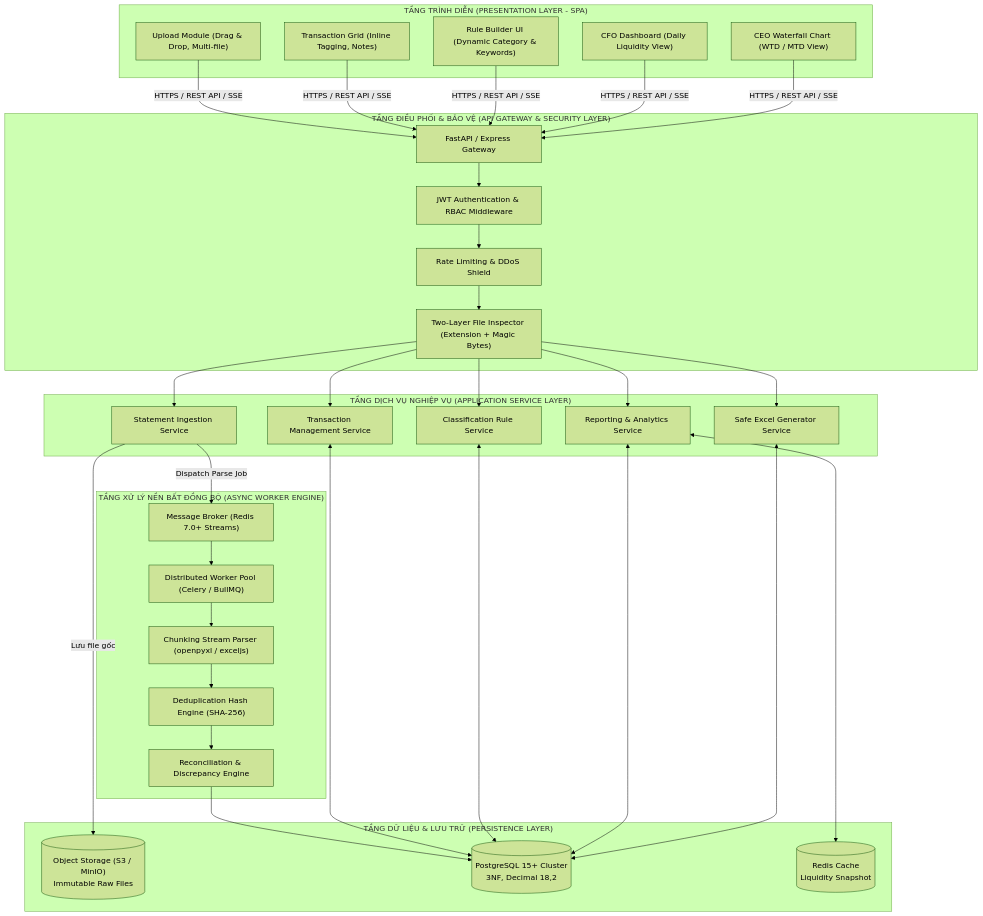
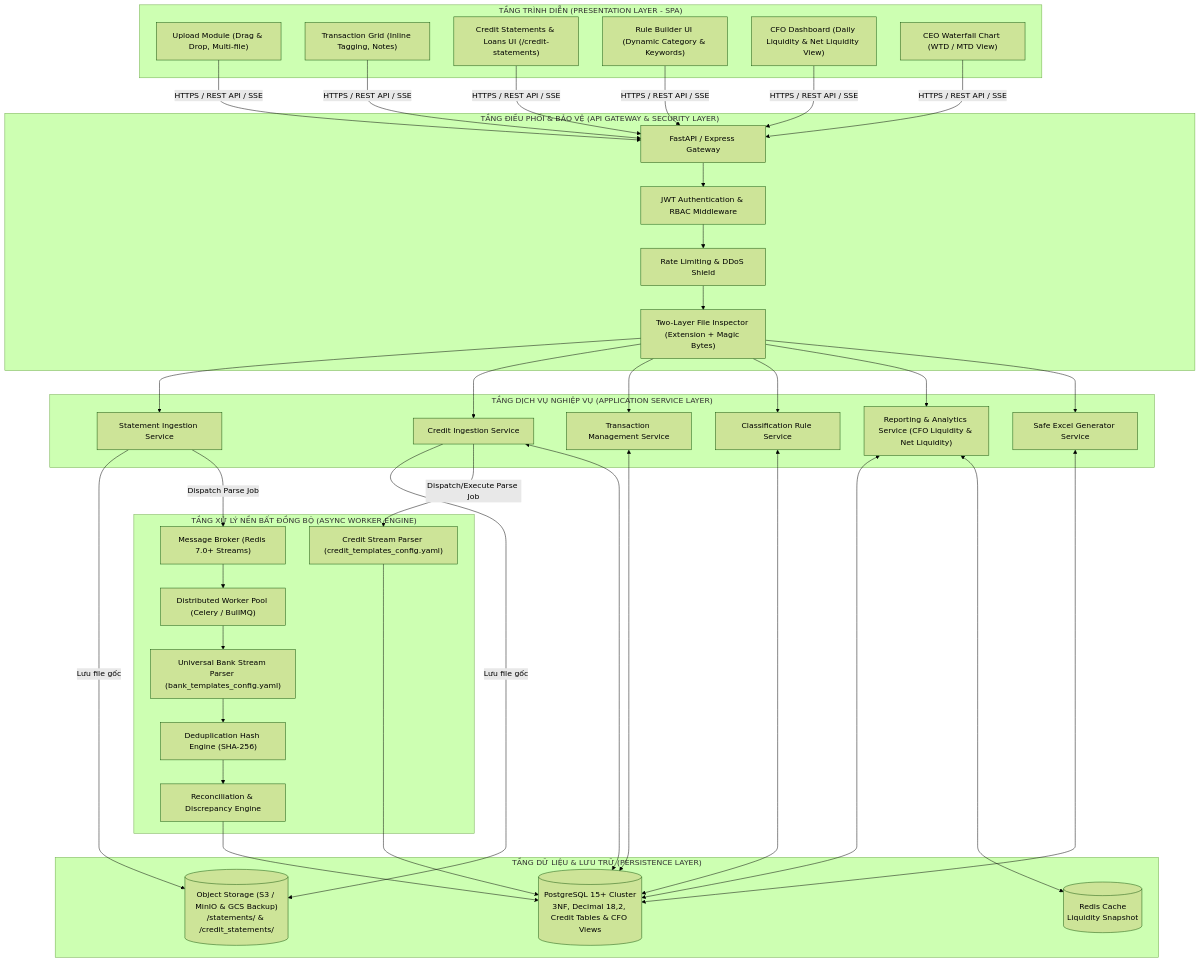
The first of 5 diagrams in docs/SAD.md (nlcnhung024/treasury_system), drawn with Mermaid (forest theme) before and after one commit. The commit also changed other lines of this file and 49 other files, not shown here.

````diff
--- a/docs/SAD.md
+++ b/docs/SAD.md
@@ -74,52 +75,58 @@
 ```mermaid
 flowchart TD
     subgraph L1["TẦNG TRÌNH DIỄN (PRESENTATION LAYER - SPA)"]
         UI_Upload["Upload Module (Drag & Drop, Multi-file)"]
         UI_Table["Transaction Grid (Inline Tagging, Notes)"]
+        UI_Credit["Credit Statements & Loans UI (/credit-statements)"]
         UI_RuleBuilder["Rule Builder UI (Dynamic Category & Keywords)"]
-        UI_CFODash["CFO Dashboard (Daily Liquidity View)"]
+        UI_CFODash["CFO Dashboard (Daily Liquidity & Net Liquidity View)"]
         UI_CEOWaterfall["CEO Waterfall Chart (WTD / MTD View)"]
     end
 
     subgraph L2["TẦNG ĐIỀU PHỐI & BẢO VỆ (API GATEWAY & SECURITY LAYER)"]
         APIGateway["FastAPI / Express Gateway"]
         AuthMiddleware["JWT Authentication & RBAC Middleware"]
         RateLimiter["Rate Limiting & DDoS Shield"]
         FileValidator["Two-Layer File Inspector (Extension + Magic Bytes)"]
     end
 
     subgraph L3["TẦNG DỊCH VỤ NGHIỆP VỤ (APPLICATION SERVICE LAYER)"]
         StmtService["Statement Ingestion Service"]
+        CreditService["Credit Ingestion Service"]
         TransService["Transaction Management Service"]
         RuleService["Classification Rule Service"]
-        ReportService["Reporting & Analytics Service"]
+        ReportService["Reporting & Analytics Service (CFO Liquidity & Net Liquidity)"]
         ExcelExportService["Safe Excel Generator Service"]
     end
 
     subgraph L4["TẦNG XỬ LÝ NỀN BẤT ĐỒNG BỘ (ASYNC WORKER ENGINE)"]
         QueueBroker["Message Broker (Redis 7.0+ Streams)"]
         WorkerPool["Distributed Worker Pool (Celery / BullMQ)"]
-        StreamParser["Chunking Stream Parser (openpyxl / exceljs)"]
+        StreamParser["Universal Bank Stream Parser (bank_templates_config.yaml)"]
+        CreditParser["Credit Stream Parser (credit_templates_config.yaml)"]
         ReconEngine["Reconciliation & Discrepancy Engine"]
         DedupEngine["Deduplication Hash Engine (SHA-256)"]
     end
 
     subgraph L5["TẦNG DỮ LIỆU & LƯU TRỮ (PERSISTENCE LAYER)"]
-        ObjStore[("Object Storage (S3 / MinIO)<br/>Immutable Raw Files")]
-        RDBMS[("PostgreSQL 15+ Cluster<br/>3NF, Decimal 18,2")]
+        ObjStore[("Object Storage (S3 / MinIO & GCS Backup)<br/>/statements/ & /credit_statements/")]
+        RDBMS[("PostgreSQL 15+ Cluster<br/>3NF, Decimal 18,2, Credit Tables & CFO Views")]
         CacheStore[("Redis Cache<br/>Liquidity Snapshot")]
     end
 
-    UI_Upload & UI_Table & UI_RuleBuilder & UI_CFODash & UI_CEOWaterfall -->|HTTPS / REST API / SSE| APIGateway
+    UI_Upload & UI_Table & UI_Credit & UI_RuleBuilder & UI_CFODash & UI_CEOWaterfall -->|HTTPS / REST API / SSE| APIGateway
     APIGateway --> AuthMiddleware --> RateLimiter --> FileValidator
-    FileValidator --> StmtService & TransService & RuleService & ReportService & ExcelExportService
+    FileValidator --> StmtService & CreditService & TransService & RuleService & ReportService & ExcelExportService
     
     StmtService -->|Lưu file gốc| ObjStore
+    CreditService -->|Lưu file gốc| ObjStore
     StmtService -->|Dispatch Parse Job| QueueBroker
+    CreditService -->|Dispatch/Execute Parse Job| CreditParser
     QueueBroker --> WorkerPool
     WorkerPool --> StreamParser --> DedupEngine --> ReconEngine --> RDBMS
+    CreditParser --> RDBMS
     
-    TransService & RuleService & ReportService <--> RDBMS
+    TransService & RuleService & ReportService & CreditService <--> RDBMS
     ReportService <--> CacheStore
     ExcelExportService <--> RDBMS
 ```
````
